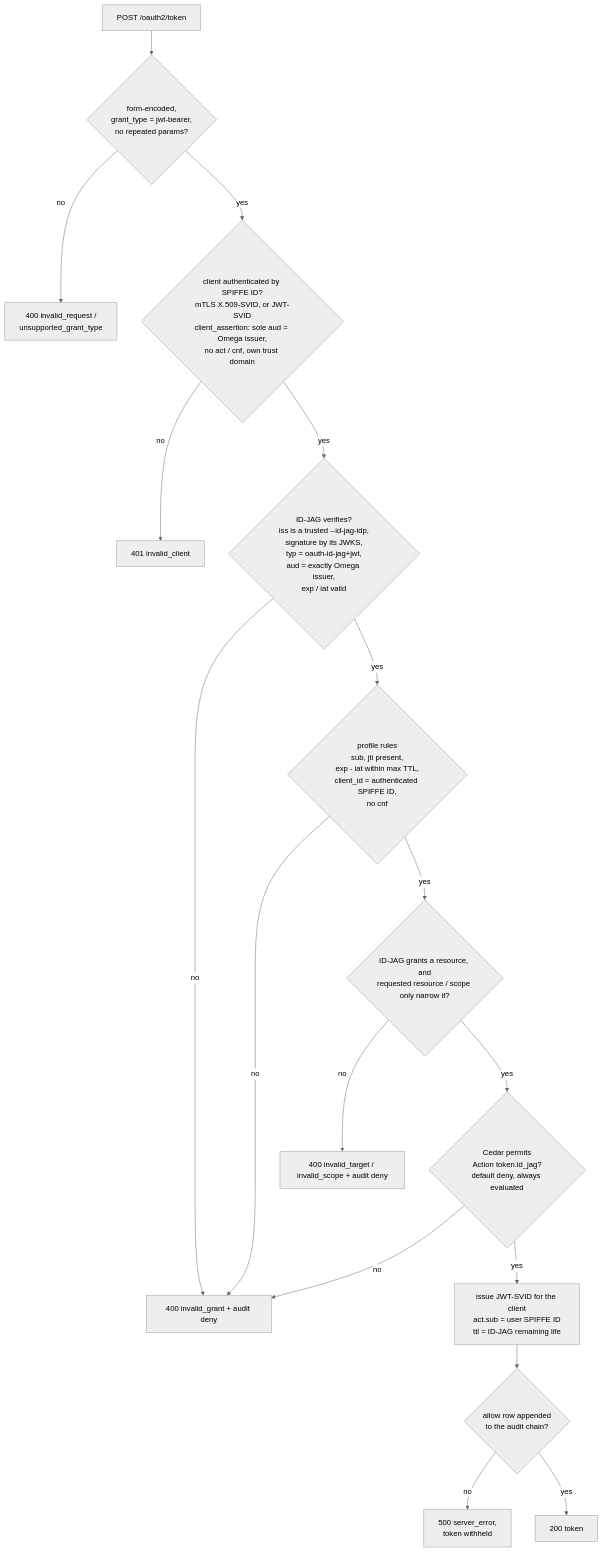
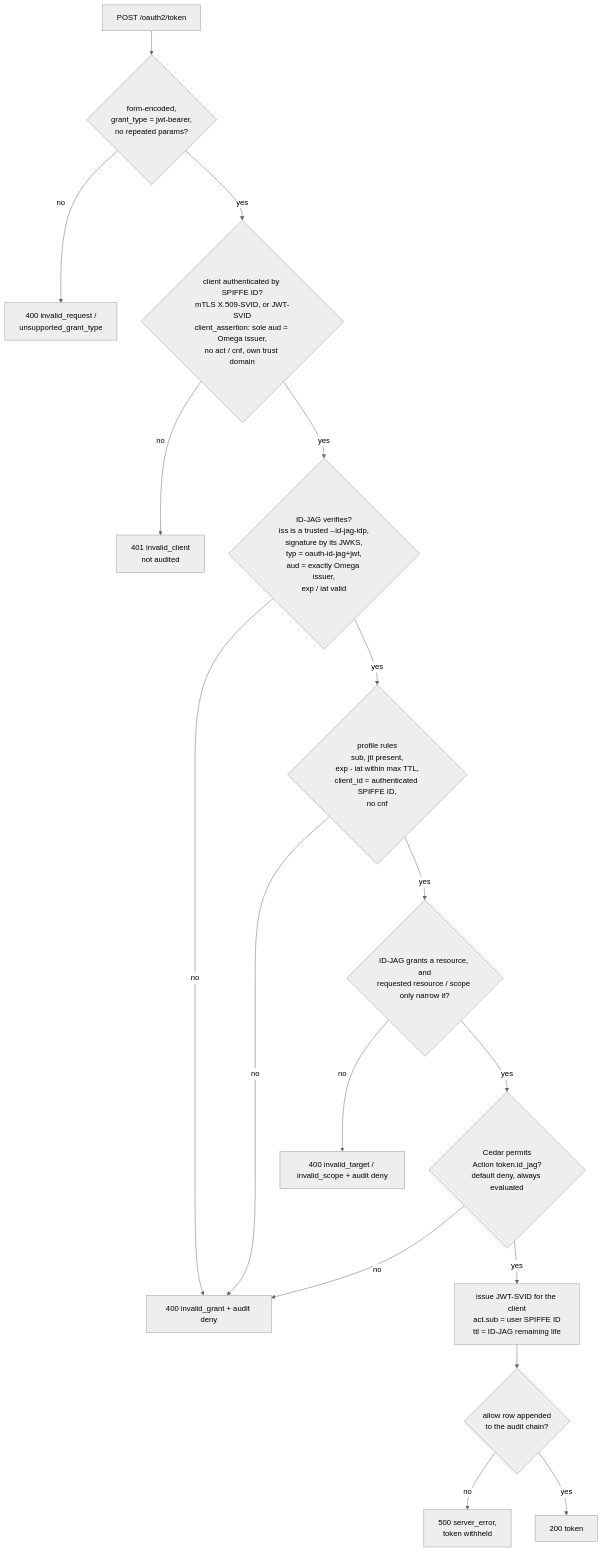
The third of 5 diagrams in docs/id-jag.md (kanywst/omega), drawn with Mermaid (neutral theme) before and after one commit. The commit also changed other lines of this file and 6 other files, not shown here.

````diff
--- a/docs/id-jag.md
+++ b/docs/id-jag.md
@@ -72,19 +72,19 @@
 ```mermaid
 flowchart TD
   R[POST /oauth2/token] --> F{form-encoded,<br/>grant_type = jwt-bearer,<br/>no repeated params?}
   F -- no --> E1[400 invalid_request /<br/>unsupported_grant_type]
   F -- yes --> C{client authenticated by SPIFFE ID?<br/>mTLS X.509-SVID, or JWT-SVID<br/>client_assertion: sole aud = Omega issuer,<br/>no act / cnf, own trust domain}
-  C -- no --> E2[401 invalid_client]
+  C -- no --> E2[401 invalid_client<br/>not audited]
   C -- yes --> V{ID-JAG verifies?<br/>iss is a trusted --id-jag-idp,<br/>signature by its JWKS,<br/>typ = oauth-id-jag+jwt,<br/>aud = exactly Omega issuer,<br/>exp / iat valid}
   V -- no --> E3[400 invalid_grant + audit deny]
   V -- yes --> B{profile rules<br/>sub, jti present,<br/>exp - iat within max TTL,<br/>client_id = authenticated SPIFFE ID,<br/>no cnf}
   B -- no --> E3
   B -- yes --> N{ID-JAG grants a resource, and<br/>requested resource / scope only narrow it?}
   N -- no --> E4[400 invalid_target / invalid_scope + audit deny]
   N -- yes --> P{Cedar permits<br/>Action token.id_jag?<br/>default deny, always evaluated}
   P -- no --> E3
   P -- yes --> I[issue JWT-SVID for the client<br/>act.sub = user SPIFFE ID<br/>ttl = ID-JAG remaining life]
   I --> AU{allow row appended<br/>to the audit chain?}
   AU -- no --> E5[500 server_error,<br/>token withheld]
   AU -- yes --> OK[200 token]
 ```
````
